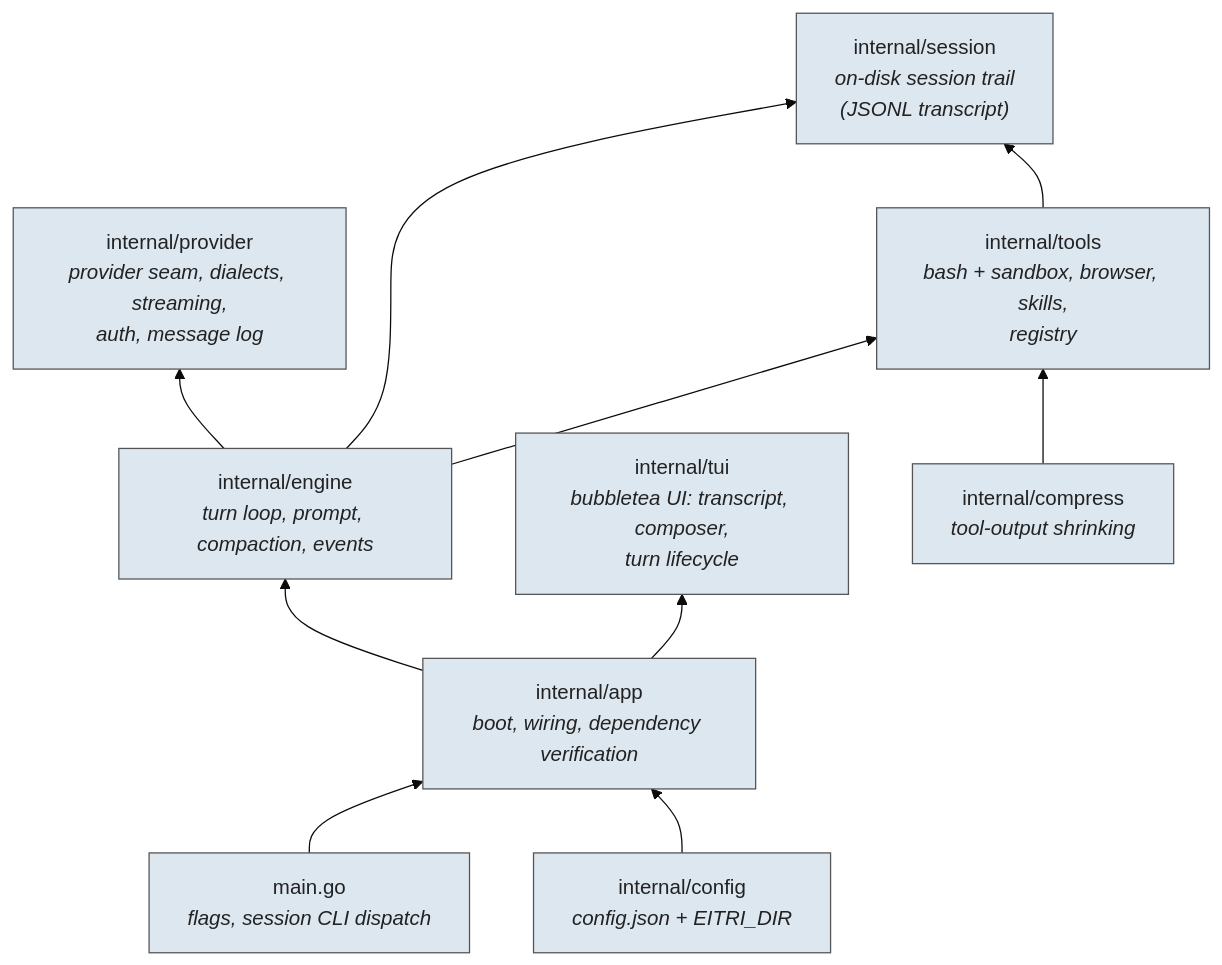
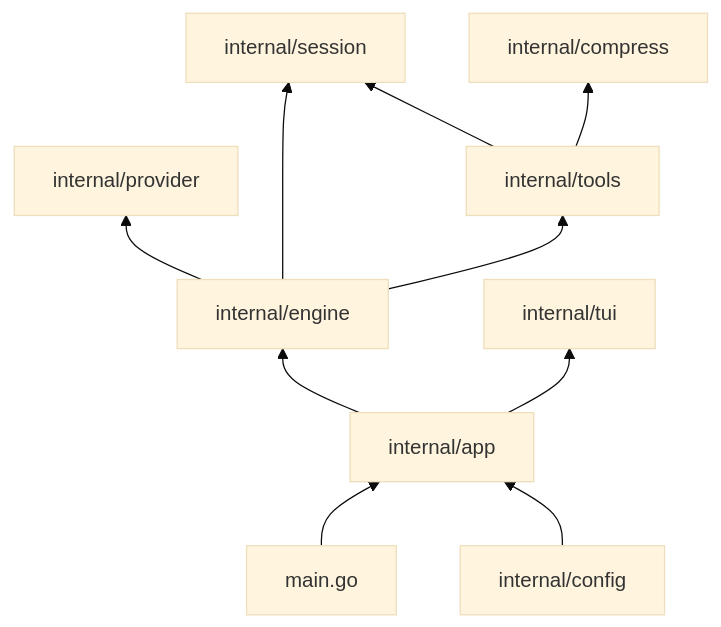
Before and after one commit to glemsom/eitri: the diagram in ARCHITECTURE.md, drawn with Mermaid (base theme). The commit also changed other lines of this file and 1 other file, not shown here.

````diff
--- a/ARCHITECTURE.md
+++ b/ARCHITECTURE.md
@@ -7,20 +7,12 @@
 ```mermaid
 flowchart BT
-    main["main.go<br><i>flags, session CLI dispatch</i>"] --> app["internal/app<br><i>boot, wiring, dependency verification</i>"]
-    config["internal/config<br><i>config.json + EITRI_DIR</i>"] --> app
-
-    app --> engine["internal/engine<br><i>turn loop, prompt, compaction, events</i>"]
-    app --> tui["internal/tui<br><i>bubbletea UI: transcript, composer,<br>turn lifecycle</i>"]
-
-    engine --> provider["internal/provider<br><i>provider seam, dialects, streaming,<br>auth, message log</i>"]
-    engine --> tools["internal/tools<br><i>bash + sandbox, browser, skills,<br>registry</i>"]
-    engine --> session["internal/session<br><i>on-disk session trail<br>(JSONL transcript)</i>"]
-    tools --> session
-
-    compress["internal/compress<br><i>tool-output shrinking</i>"] --> tools
-
-    style main fill:#dde7f0
-    style app fill:#dde7f0
-    classDef node fill:#dde7f0,stroke:#555,color:#222
-    class main,app,config,engine,tui,provider,tools,session,compress node
+  main[main.go] --> app[internal/app]
+  config[internal/config] --> app
+  app --> engine[internal/engine]
+  app --> tui[internal/tui]
+  engine --> provider[internal/provider]
+  engine --> tools[internal/tools]
+  engine --> session[internal/session]
+  tools --> session
+  tools --> compress[internal/compress]
 ```
````
